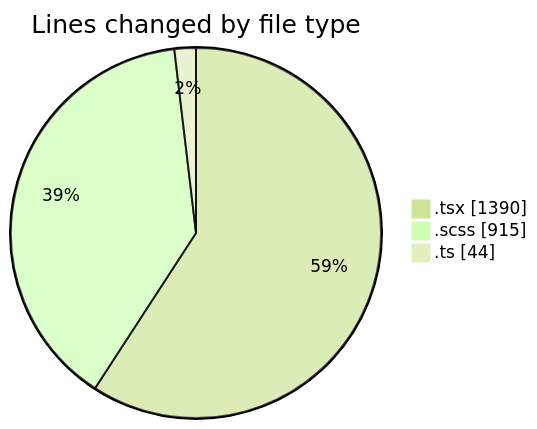
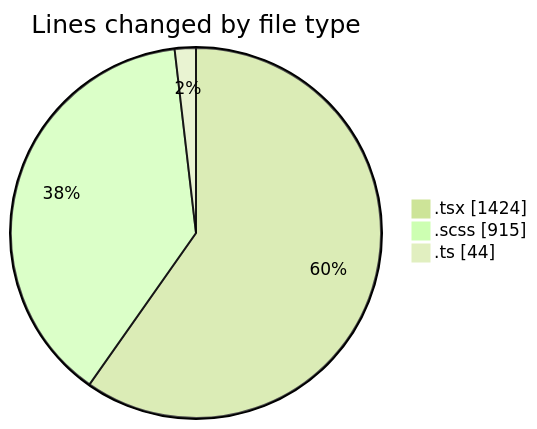
The first of 2 diagrams in 2025-03-27/cda/README.md (momahboobian/code-tracking), drawn with Mermaid (forest theme) before and after one commit. The commit also changed other lines of this file and 1 other file, not shown here.

````diff
--- a/2025-03-27/cda/README.md
+++ b/2025-03-27/cda/README.md
@@ -29,7 +29,7 @@
 ```mermaid
 pie showData
 title Lines changed by file type
-".tsx" : 1390
+".tsx" : 1424
 ".scss" : 915
 ".ts" : 44
 ```
````
